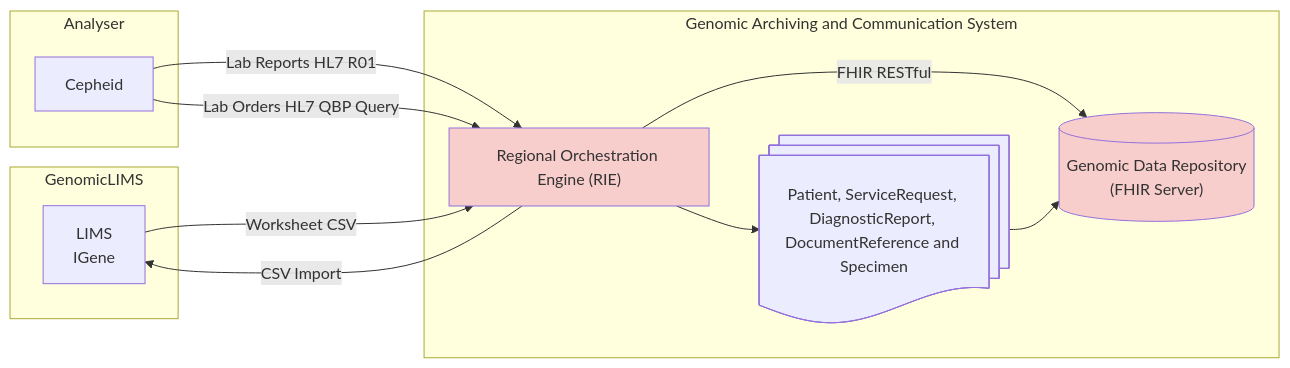
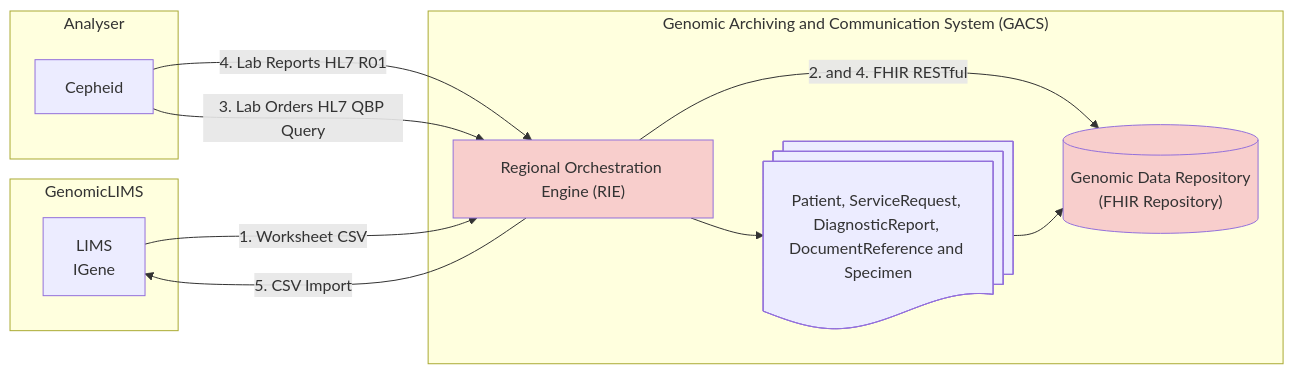
The diagram in Design/phase3-cepheid.mermaid (uk-gov-mirror/nw-gmsa.nw-gmsa.github.com), drawn with Mermaid before and after one commit. The commit also changed 11 other files, not shown here.

```diff
--- a/Design/phase3-cepheid.mermaid
+++ b/Design/phase3-cepheid.mermaid
@@ -1,40 +1,40 @@
 graph LR
 
 
 
 subgraph GenomicLIMS;
     iGene[LIMS<br/>IGene]
 end
 
 
 subgraph Analyser;
     Cepheid[Cepheid]
 end
 
 
 
 
-subgraph HIE[Genomic Archiving and Communication System];
+subgraph HIE["Genomic Archiving and Communication System (GACS)"];
     RIE["Regional Orchestration Engine (RIE)"]
-    GDR@{ shape: cyl, label: "Genomic Data Repository<br/>(FHIR Server)"}
+    GDR@{ shape: cyl, label: "Genomic Data Repository<br/>(FHIR Repository)"}
     FHIRLIMS@{ shape: docs, label: "Patient, ServiceRequest, DiagnosticReport, DocumentReference and Specimen"}
 end
 
 
-Cepheid --> |Lab Reports HL7 R01| RIE
-Cepheid --> |Lab Orders HL7 QBP Query| RIE
+Cepheid --> |4. Lab Reports HL7 R01| RIE
+Cepheid --> |3. Lab Orders HL7 QBP Query| RIE
 
-RIE --> |CSV Import| iGene
-iGene --> |Worksheet CSV| RIE
-RIE --> |FHIR RESTful| GDR
+RIE --> |5. CSV Import| iGene
+iGene --> |1. Worksheet CSV| RIE
+RIE --> |2. and 4. FHIR RESTful| GDR
 
 
 RIE --> FHIRLIMS
 FHIRLIMS --> GDR
 
 
 classDef purple fill:#E1D5E7;
 classDef pink fill:#F8CECC;
 
 
 class GDR,RIE,VCFFHIR pink;
```
